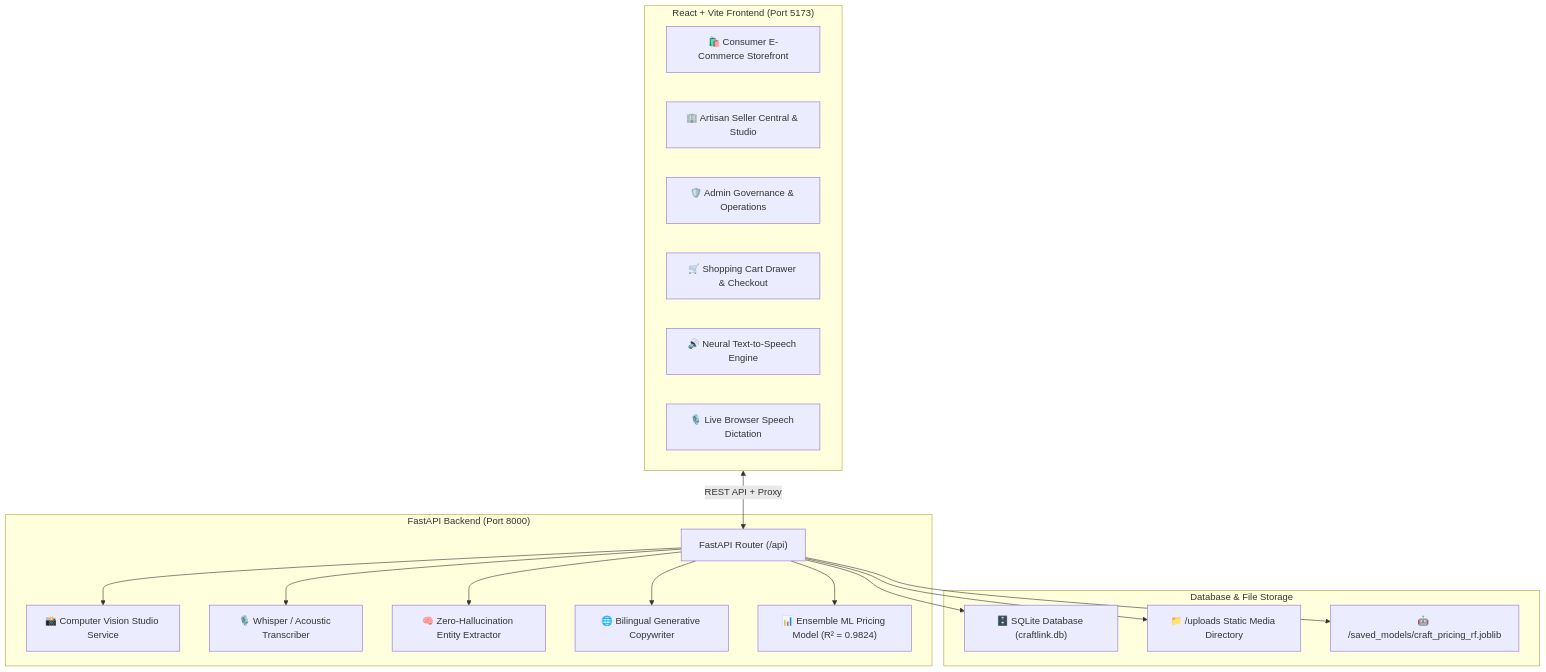
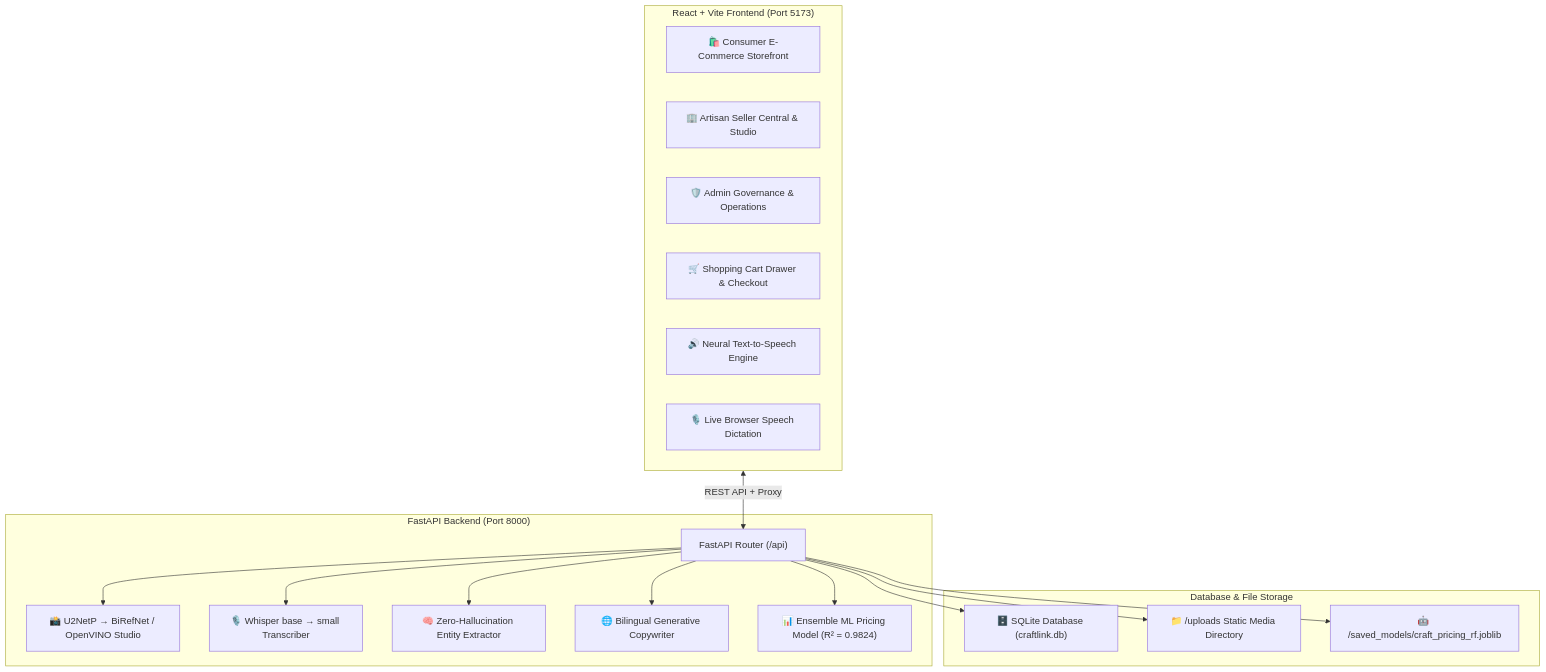
The diagram in docs/handover_document.md (yogeshwardev/SIH-project), drawn with Mermaid before and after one commit. The commit also changed other lines of this file and 14 other files, not shown here.

````diff
--- a/docs/handover_document.md
+++ b/docs/handover_document.md
@@ -13,30 +13,30 @@
 ```mermaid
 graph TD
     subgraph Frontend ["React + Vite Frontend (Port 5173)"]
         ConsumerStore["🛍️ Consumer E-Commerce Storefront"]
         SellerCentral["🏢 Artisan Seller Central & Studio"]
         AdminOps["🛡️ Admin Governance & Operations"]
         Cart["🛒 Shopping Cart Drawer & Checkout"]
         TTS["🔊 Neural Text-to-Speech Engine"]
         WebSpeech["🎙️ Live Browser Speech Dictation"]
     end
 
     subgraph Backend ["FastAPI Backend (Port 8000)"]
         APIRouter["FastAPI Router (/api)"]
-        CVService["📸 Computer Vision Studio Service"]
-        SpeechService["🎙️ Whisper / Acoustic Transcriber"]
+        CVService["📸 U2NetP → BiRefNet / OpenVINO Studio"]
+        SpeechService["🎙️ Whisper base → small Transcriber"]
         NLPService["🧠 Zero-Hallucination Entity Extractor"]
         ListingService["🌐 Bilingual Generative Copywriter"]
         MLPricing["📊 Ensemble ML Pricing Model (R² = 0.9824)"]
     end
 
     subgraph Storage ["Database & File Storage"]
         SQLite["🗄️ SQLite Database (craftlink.db)"]
         Uploads["📁 /uploads Static Media Directory"]
         ModelWeights["🤖 /saved_models/craft_pricing_rf.joblib"]
     end
 
     Frontend <-->|REST API + Proxy| APIRouter
     APIRouter --> CVService & SpeechService & NLPService & ListingService & MLPricing
     APIRouter --> SQLite & Uploads & ModelWeights
 ```
````
